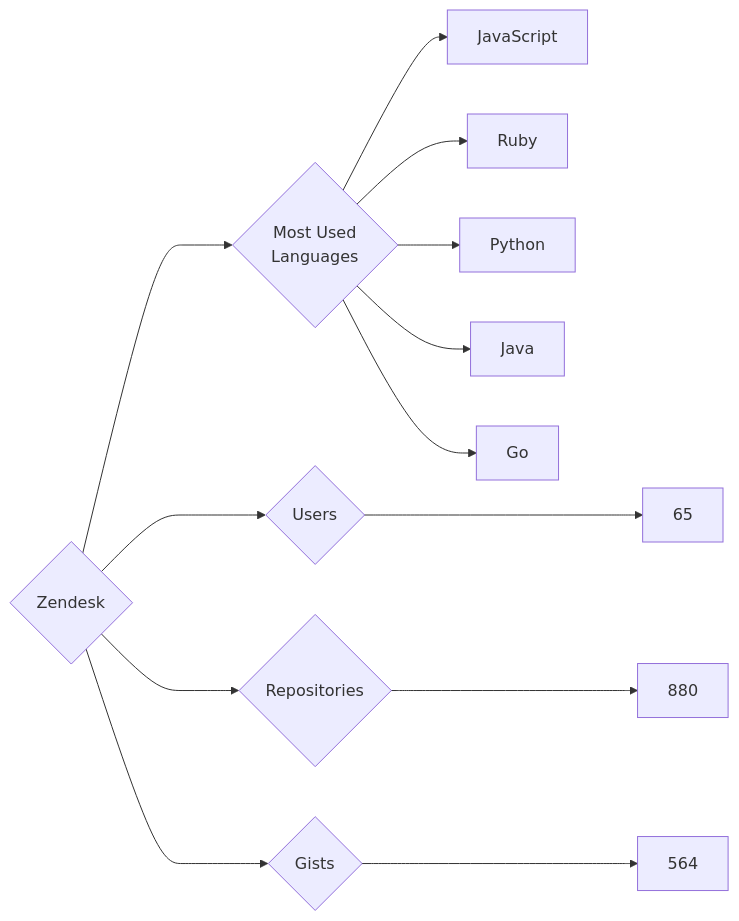
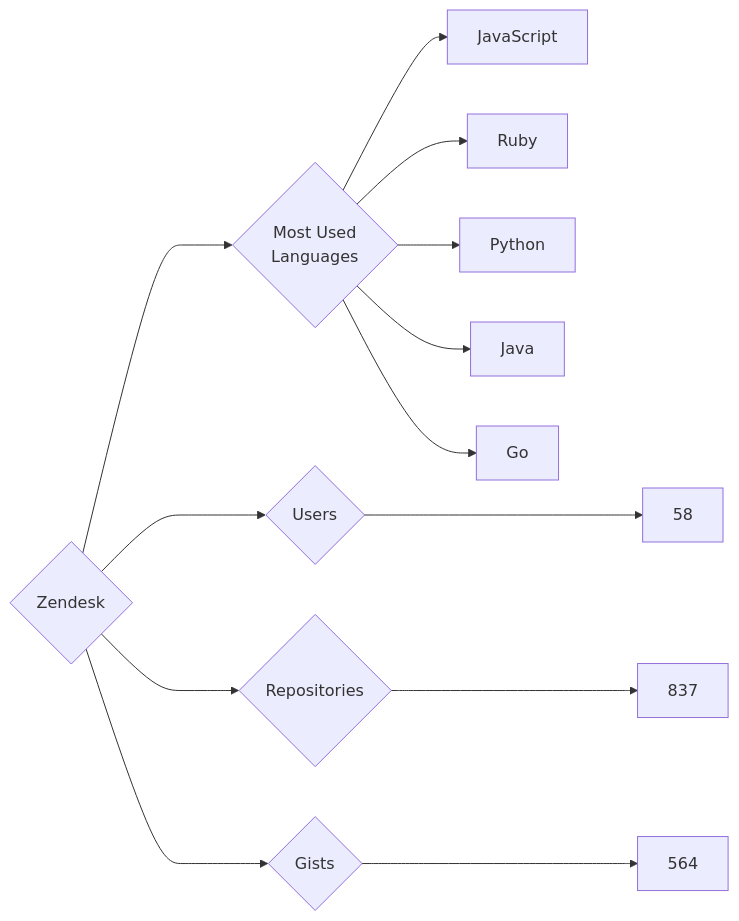
Before and after one commit to trickest/insiders: the diagram in targets/Zendesk/README.md, drawn with Mermaid. The commit also changed 681 other files, not shown here.

````diff
--- a/targets/Zendesk/README.md
+++ b/targets/Zendesk/README.md
@@ -3,13 +3,13 @@
 ```mermaid
 graph LR
 COMPANY_NAME{Zendesk}
-COMPANY_NAME ---> U{Users} ---> UN[65]
-COMPANY_NAME ---> R{Repositories} ---> RN[880]
+COMPANY_NAME ---> U{Users} ---> UN[58]
+COMPANY_NAME ---> R{Repositories} ---> RN[837]
 COMPANY_NAME ---> G{Gists} ---> GN[564]
 COMPANY_NAME ---> ML{Most Used<br>Languages}
 ML --> JavaScript[JavaScript]
 ML --> Ruby[Ruby]
 ML --> Python[Python]
 ML --> Java[Java]
 ML --> Go[Go]
 ```
````
